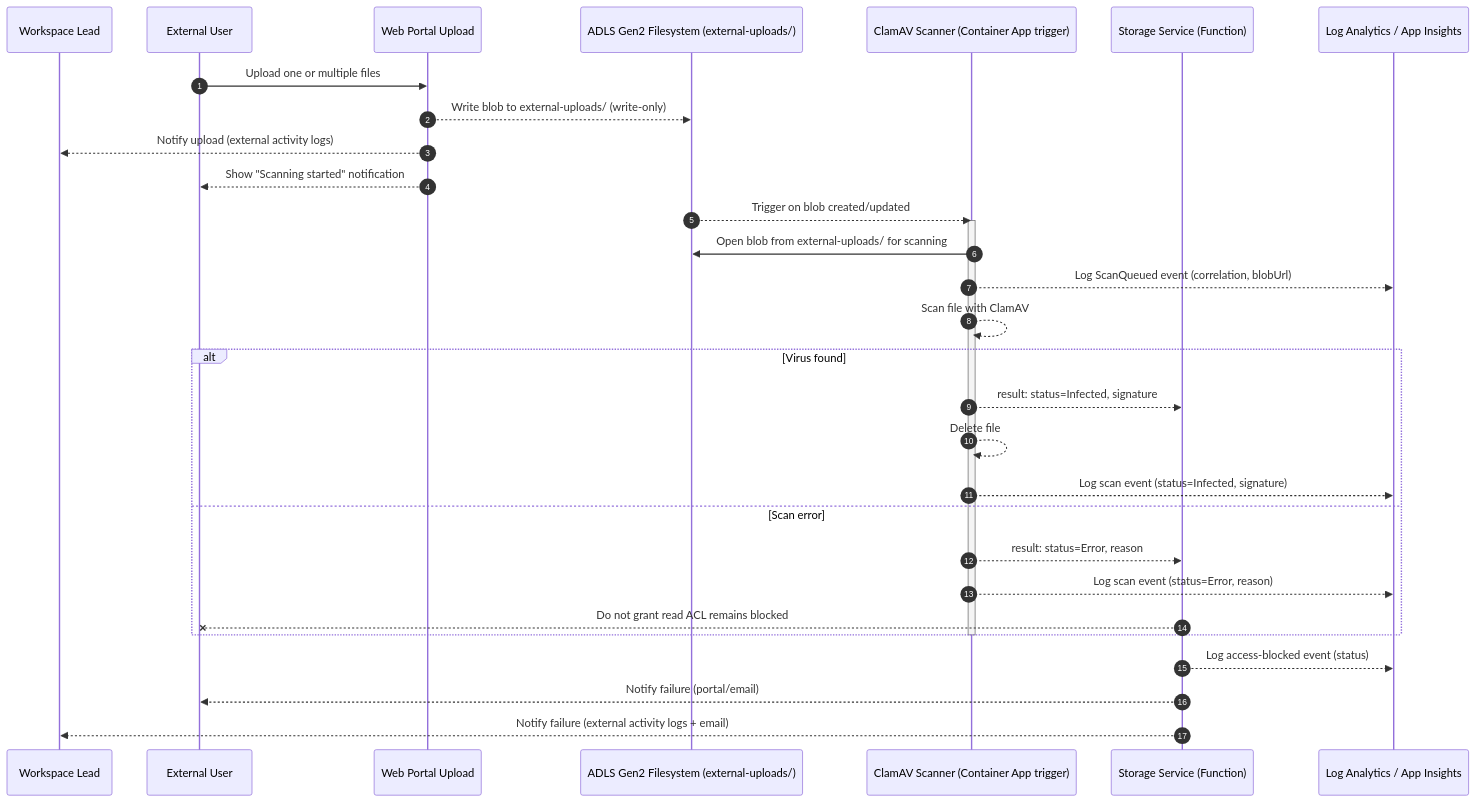
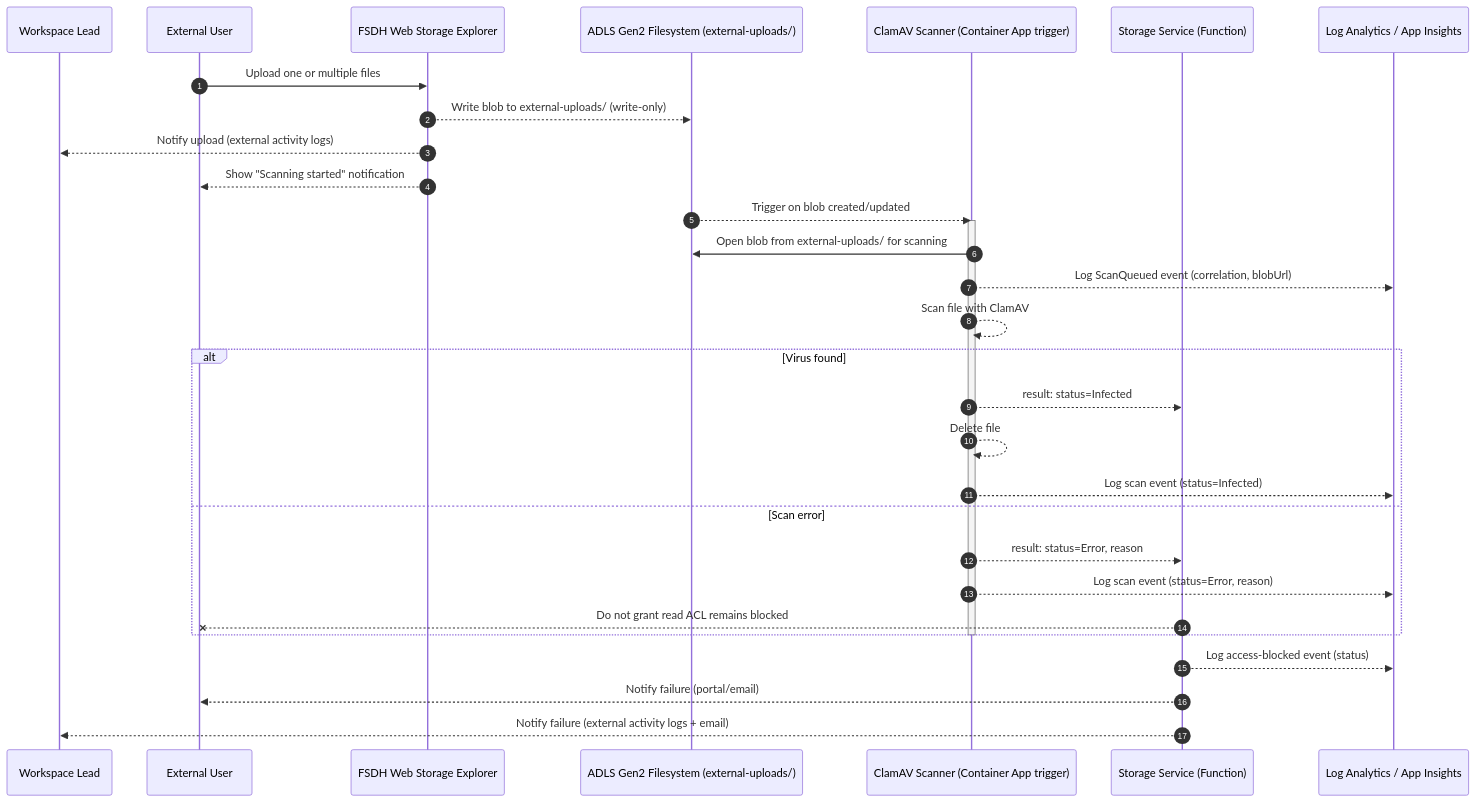
One commit to ssc-sp/datahub-docs changed the second of 2 diagrams in DeveloperGuide/ClamAV/clamav-ACLs.md. Above: the diagram before and after it, drawn with Mermaid. The commit also changed other lines of this file and 2 other files, not shown here.

````diff
--- a/DeveloperGuide/ClamAV/clamav-ACLs.md
+++ b/DeveloperGuide/ClamAV/clamav-ACLs.md
@@ -61,34 +61,34 @@
 ```mermaid
 sequenceDiagram
 autonumber
 participant WL as Workspace Lead
 participant U as External User
-participant UC as Web Portal Upload
+participant UC as FSDH Web Storage Explorer
 participant FS as ADLS Gen2 Filesystem (external-uploads/)
 participant AV as ClamAV Scanner (Container App trigger)
 participant AS as Storage Service (Function)
 participant L as Log Analytics / App Insights
 
 U->>UC: Upload one or multiple files
 UC-->>FS: Write blob to external-uploads/ (write-only)
 UC-->>WL: Notify upload (external activity logs)
 UC-->>U: Show "Scanning started" notification
 FS-->>AV: Trigger on blob created/updated
 activate AV
 AV->>FS: Open blob from external-uploads/ for scanning
 AV-->>L: Log ScanQueued event (correlation, blobUrl)
 AV-->>AV: Scan file with ClamAV
 alt Virus found
-  AV-->>AS: result: status=Infected, signature
+  AV-->>AS: result: status=Infected
   AV-->>AV: Delete file
-  AV-->>L: Log scan event (status=Infected, signature)
+  AV-->>L: Log scan event (status=Infected)
 else Scan error
   AV-->>AS: result: status=Error, reason
   AV-->>L: Log scan event (status=Error, reason)
   AS--x U: Do not grant read ACL remains blocked
 end
 deactivate AV
 AS-->>L: Log access-blocked event (status)
 AS-->>U: Notify failure (portal/email)
 AS-->>WL: Notify failure (external activity logs + email)
 ```
````
